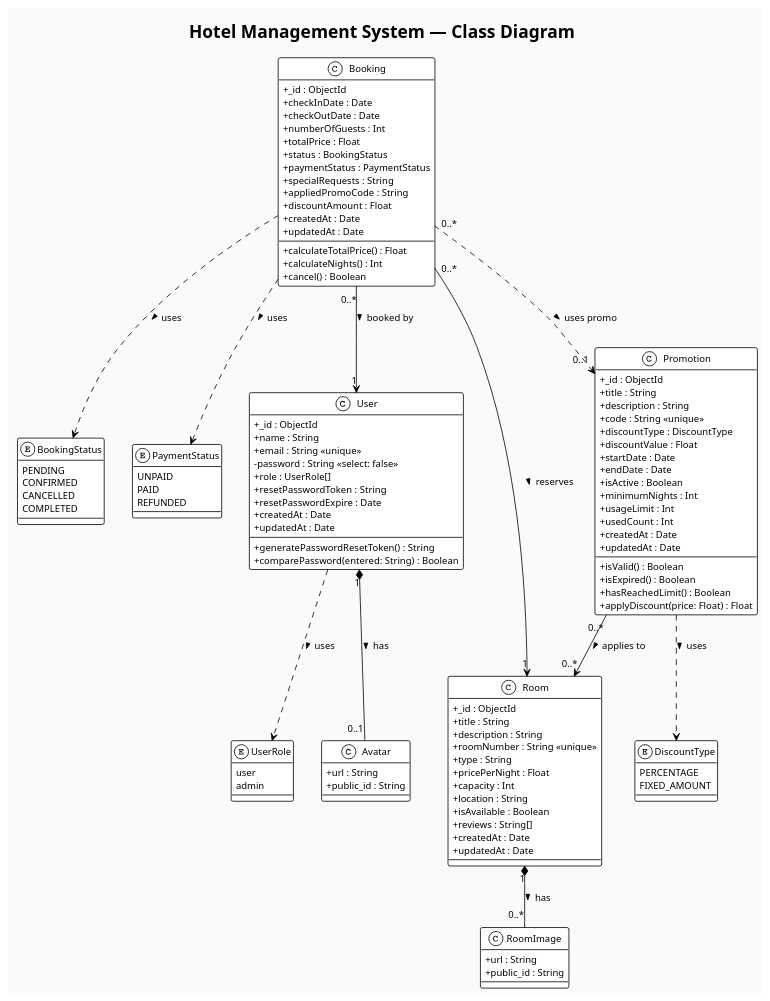
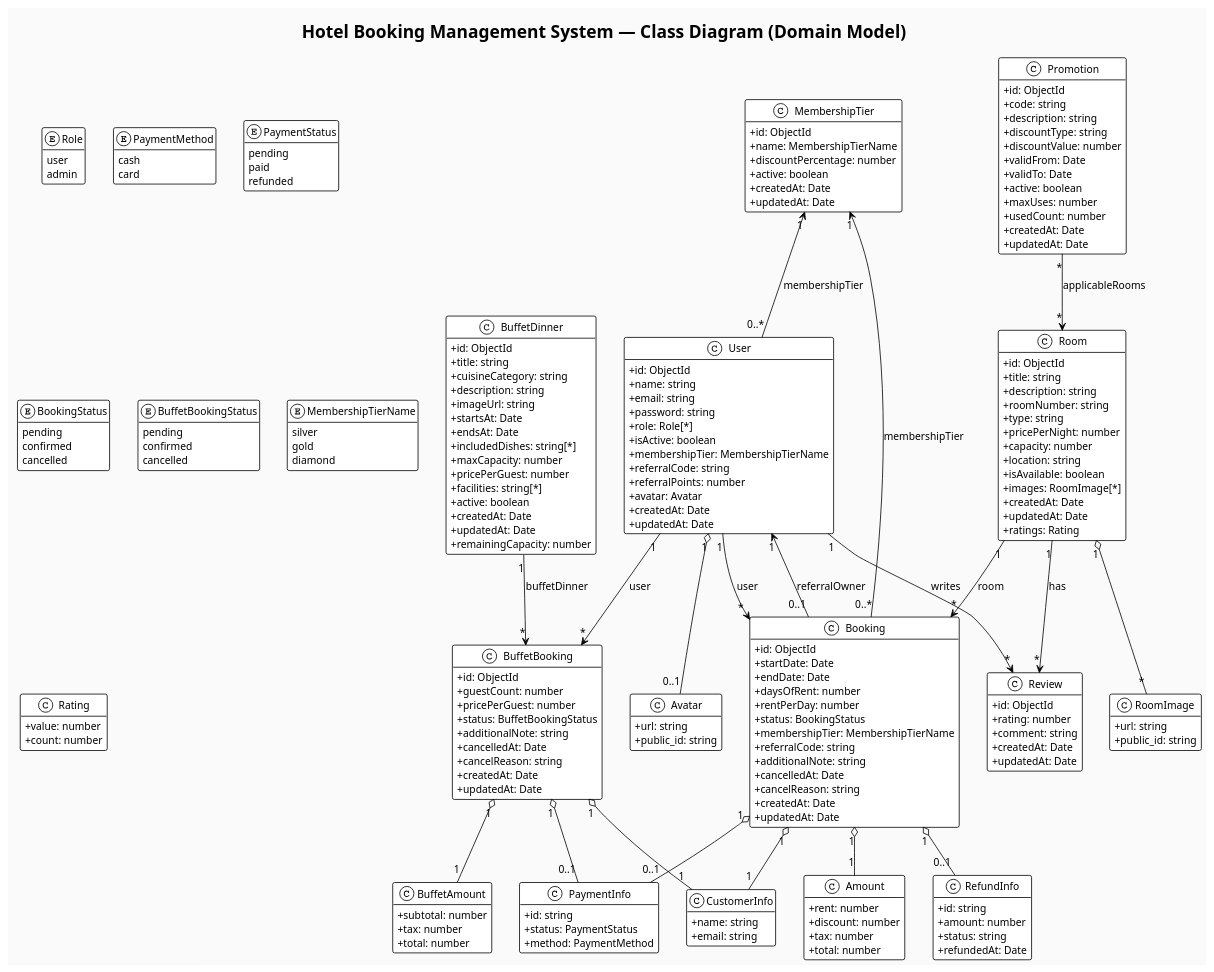
Before and after one commit to MyatSuMon253/hotel-booking-management: the diagram in _uml/class-diagram.puml, drawn with PlantUML. The commit also changed other lines of this file and 10 other files, not shown here.

Commit message:
doc: update diagram and readme file

```diff
--- a/_uml/class-diagram.puml
+++ b/_uml/class-diagram.puml
@@ -1,158 +1,225 @@
-@startuml HMS_Class_Diagram
+@startuml
 !theme plain
 skinparam backgroundColor #FAFAFA
 skinparam defaultFontName Arial
-skinparam defaultFontSize 12
+skinparam defaultFontSize 13
+
+title Hotel Booking Management System — Class Diagram (Domain Model)
+
+hide methods
 skinparam classAttributeIconSize 0
 
-title Hotel Management System — Class Diagram
-
-' ══════════════════════════════════════════════════════
-'  ENUMERATIONS
-' ══════════════════════════════════════════════════════
-
-enum UserRole {
+enum Role {
   user
   admin
 }
 
-enum BookingStatus {
-  PENDING
-  CONFIRMED
-  CANCELLED
-  COMPLETED
+enum PaymentMethod {
+  cash
+  card
 }
 
 enum PaymentStatus {
-  UNPAID
-  PAID
-  REFUNDED
+  pending
+  paid
+  refunded
 }
 
-enum DiscountType {
-  PERCENTAGE
-  FIXED_AMOUNT
+enum BookingStatus {
+  pending
+  confirmed
+  cancelled
 }
 
-' ══════════════════════════════════════════════════════
-'  VALUE OBJECTS / EMBEDDED TYPES
-' ══════════════════════════════════════════════════════
+enum BuffetBookingStatus {
+  pending
+  confirmed
+  cancelled
+}
+
+enum MembershipTierName {
+  silver
+  gold
+  diamond
+}
 
 class Avatar {
-  + url : String
-  + public_id : String
+  +url: string
+  +public_id: string
+}
+
+class User {
+  +id: ObjectId
+  +name: string
+  +email: string
+  +password: string
+  +role: Role[*]
+  +isActive: boolean
+  +membershipTier: MembershipTierName
+  +referralCode: string
+  +referralPoints: number
+  +avatar: Avatar
+  +createdAt: Date
+  +updatedAt: Date
 }
 
 class RoomImage {
-  + url : String
-  + public_id : String
-}
-
-' ══════════════════════════════════════════════════════
-'  CORE DOMAIN CLASSES
-' ══════════════════════════════════════════════════════
-
-class User {
-  + _id : ObjectId
-  + name : String
-  + email : String <<unique>>
-  - password : String <<select: false>>
-  + role : UserRole[]
-  + resetPasswordToken : String
-  + resetPasswordExpire : Date
-  + createdAt : Date
-  + updatedAt : Date
-  --
-  + generatePasswordResetToken() : String
-  + comparePassword(entered: String) : Boolean
+  +url: string
+  +public_id: string
 }
 
 class Room {
-  + _id : ObjectId
-  + title : String
-  + description : String
-  + roomNumber : String <<unique>>
-  + type : String
-  + pricePerNight : Float
-  + capacity : Int
-  + location : String
-  + isAvailable : Boolean
-  + reviews : String[]
-  + createdAt : Date
-  + updatedAt : Date
+  +id: ObjectId
+  +title: string
+  +description: string
+  +roomNumber: string
+  +type: string
+  +pricePerNight: number
+  +capacity: number
+  +location: string
+  +isAvailable: boolean
+  +images: RoomImage[*]
+  +createdAt: Date
+  +updatedAt: Date
+  +ratings: Rating
 }
 
-' ══════════════════════════════════════════════════════
-'  NEW: BOOKING
-' ══════════════════════════════════════════════════════
+class Rating {
+  +value: number
+  +count: number
+}
+
+class CustomerInfo {
+  +name: string
+  +email: string
+}
+
+class Amount {
+  +rent: number
+  +discount: number
+  +tax: number
+  +total: number
+}
+
+class BuffetAmount {
+  +subtotal: number
+  +tax: number
+  +total: number
+}
+
+class PaymentInfo {
+  +id: string
+  +status: PaymentStatus
+  +method: PaymentMethod
+}
+
+class RefundInfo {
+  +id: string
+  +amount: number
+  +status: string
+  +refundedAt: Date
+}
 
 class Booking {
-  + _id : ObjectId
-  + checkInDate : Date
-  + checkOutDate : Date
-  + numberOfGuests : Int
-  + totalPrice : Float
-  + status : BookingStatus
-  + paymentStatus : PaymentStatus
-  + specialRequests : String
-  + appliedPromoCode : String
-  + discountAmount : Float
-  + createdAt : Date
-  + updatedAt : Date
-  --
-  + calculateTotalPrice() : Float
-  + calculateNights() : Int
-  + cancel() : Boolean
+  +id: ObjectId
+  +startDate: Date
+  +endDate: Date
+  +daysOfRent: number
+  +rentPerDay: number
+  +status: BookingStatus
+  +membershipTier: MembershipTierName
+  +referralCode: string
+  +additionalNote: string
+  +cancelledAt: Date
+  +cancelReason: string
+  +createdAt: Date
+  +updatedAt: Date
 }
 
-' ══════════════════════════════════════════════════════
-'  NEW: PROMOTION
-' ══════════════════════════════════════════════════════
+class Review {
+  +id: ObjectId
+  +rating: number
+  +comment: string
+  +createdAt: Date
+  +updatedAt: Date
+}
 
 class Promotion {
-  + _id : ObjectId
-  + title : String
-  + description : String
-  + code : String <<unique>>
-  + discountType : DiscountType
-  + discountValue : Float
-  + startDate : Date
-  + endDate : Date
-  + isActive : Boolean
-  + minimumNights : Int
-  + usageLimit : Int
-  + usedCount : Int
-  + createdAt : Date
-  + updatedAt : Date
-  --
-  + isValid() : Boolean
-  + isExpired() : Boolean
-  + hasReachedLimit() : Boolean
-  + applyDiscount(price: Float) : Float
+  +id: ObjectId
+  +code: string
+  +description: string
+  +discountType: string
+  +discountValue: number
+  +validFrom: Date
+  +validTo: Date
+  +active: boolean
+  +maxUses: number
+  +usedCount: number
+  +createdAt: Date
+  +updatedAt: Date
 }
 
-' ══════════════════════════════════════════════════════
-'  RELATIONSHIPS
-' ══════════════════════════════════════════════════════
+class MembershipTier {
+  +id: ObjectId
+  +name: MembershipTierName
+  +discountPercentage: number
+  +active: boolean
+  +createdAt: Date
+  +updatedAt: Date
+}
 
-' Composition — embedded sub-documents
-User "1" *-- "0..1" Avatar        : has >
-Room "1" *-- "0..*" RoomImage     : has >
+class BuffetDinner {
+  +id: ObjectId
+  +title: string
+  +cuisineCategory: string
+  +description: string
+  +imageUrl: string
+  +startsAt: Date
+  +endsAt: Date
+  +includedDishes: string[*]
+  +maxCapacity: number
+  +pricePerGuest: number
+  +facilities: string[*]
+  +active: boolean
+  +createdAt: Date
+  +updatedAt: Date
+  +remainingCapacity: number
+}
 
-' Enumerations
-User     ..> UserRole       : uses >
-Booking  ..> BookingStatus  : uses >
-Booking  ..> PaymentStatus  : uses >
-Promotion ..> DiscountType  : uses >
+class BuffetBooking {
+  +id: ObjectId
+  +guestCount: number
+  +pricePerGuest: number
+  +status: BuffetBookingStatus
+  +additionalNote: string
+  +cancelledAt: Date
+  +cancelReason: string
+  +createdAt: Date
+  +updatedAt: Date
+}
 
-' Associations — references (foreign keys / ObjectId refs)
-Booking "0..*" --> "1" User   : booked by >
-Booking "0..*" --> "1" Room   : reserves >
+User "1" o-- "0..1" Avatar
+Room "1" o-- "*" RoomImage
 
-' Promotion can optionally target specific rooms
-Promotion "0..*" --> "0..*" Room : applies to >
+User "1" --> "*" Booking : user
+Room "1" --> "*" Booking : room
+Booking "1" o-- "1" CustomerInfo
+Booking "1" o-- "1" Amount
+Booking "1" o-- "0..1" PaymentInfo
+Booking "1" o-- "0..1" RefundInfo
+Booking "0..1" --> "1" User : referralOwner
 
-' Booking optionally references a Promotion (via code)
-Booking "0..*" ..> "0..1" Promotion : uses promo >
+User "1" --> "*" Review : writes
+Room "1" --> "*" Review : has
+
+Promotion "*" --> "*" Room : applicableRooms
+MembershipTier "1" <-- "0..*" User : membershipTier
+MembershipTier "1" <-- "0..*" Booking : membershipTier
+
+User "1" --> "*" BuffetBooking : user
+BuffetDinner "1" --> "*" BuffetBooking : buffetDinner
+BuffetBooking "1" o-- "1" CustomerInfo
+BuffetBooking "1" o-- "1" BuffetAmount
+BuffetBooking "1" o-- "0..1" PaymentInfo
 
 @enduml
```
